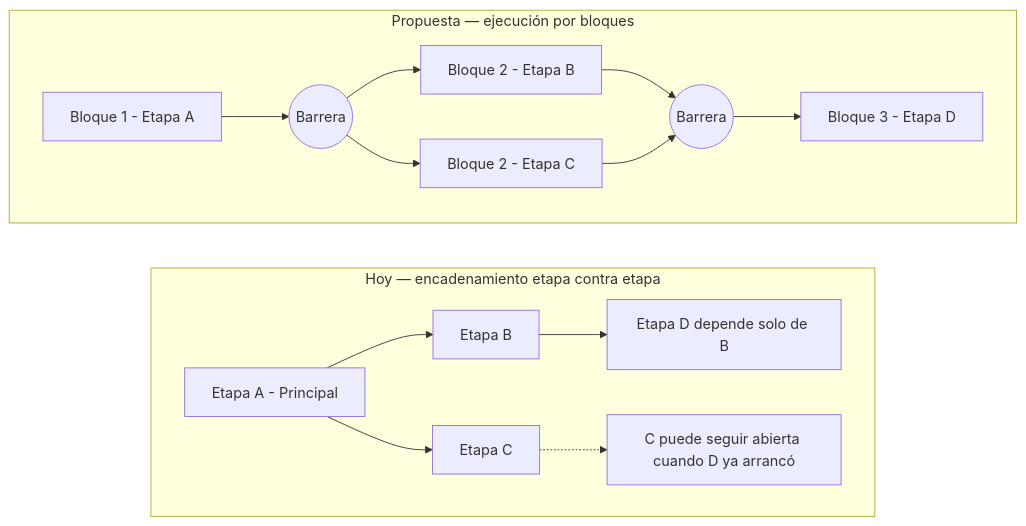
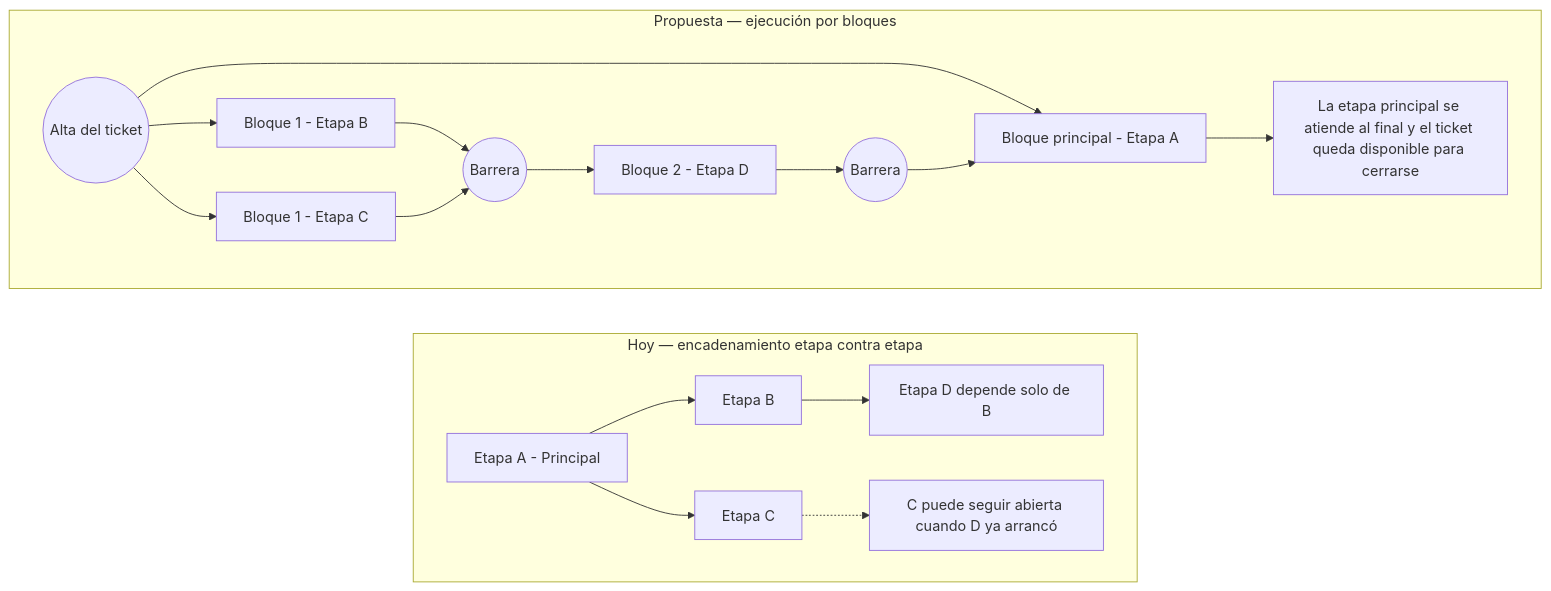
One commit to solis1408/Business-Suite changed the third of 5 diagrams in docs/Proyectos/iNN/Baja usuario - Ticket escalonado/Ejecución del Flujo de Trabajo de Tickets por Bloques.md. Above: the diagram before and after it, drawn with Mermaid. The commit also changed other lines of this file, not shown here.

First line of the commit message:
docs(computo): agrega el modo de ejecucion del flujo y renumera los RF

````diff
--- a/docs/Proyectos/iNN/Baja usuario - Ticket escalonado/Ejecución del Flujo de Trabajo de Tickets por Bloques.md
+++ b/docs/Proyectos/iNN/Baja usuario - Ticket escalonado/Ejecución del Flujo de Trabajo de Tickets por Bloques.md
@@ -134,19 +188,22 @@
 ```mermaid
 flowchart LR
     subgraph HOY["Hoy — encadenamiento etapa contra etapa"]
         direction LR
         A1[Etapa A - Principal] --> B1[Etapa B]
         A1 --> C1[Etapa C]
         B1 --> D1[Etapa D depende solo de B]
         C1 -.-> N1[C puede seguir abierta cuando D ya arrancó]
     end
     subgraph BLOQUES["Propuesta — ejecución por bloques"]
         direction LR
-        A2[Bloque 1 - Etapa A] --> BAR1(( Barrera ))
-        BAR1 --> B2[Bloque 2 - Etapa B]
-        BAR1 --> C2[Bloque 2 - Etapa C]
-        B2 --> BAR2(( Barrera ))
-        C2 --> BAR2
-        BAR2 --> D2[Bloque 3 - Etapa D]
+        INI(( Alta del ticket )) --> P2[Bloque principal - Etapa A]
+        INI --> B2[Bloque 1 - Etapa B]
+        INI --> C2[Bloque 1 - Etapa C]
+        B2 --> BAR1(( Barrera ))
+        C2 --> BAR1
+        BAR1 --> D2[Bloque 2 - Etapa D]
+        D2 --> BAR2(( Barrera ))
+        BAR2 --> P2
+        P2 --> FIN[La etapa principal se atiende al final y el ticket queda disponible para cerrarse]
     end
 ```
````
